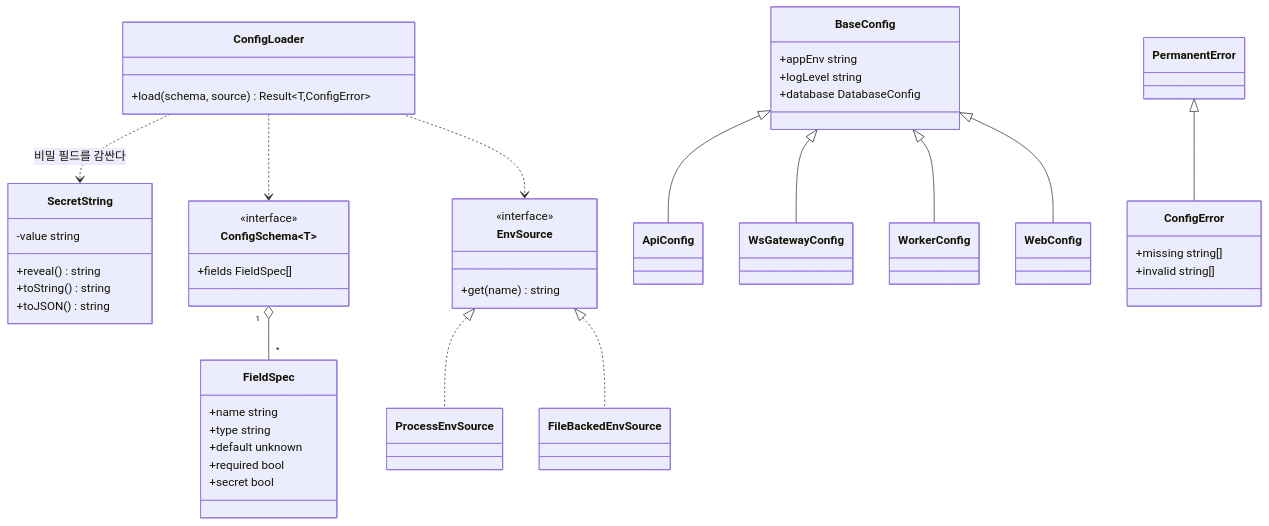
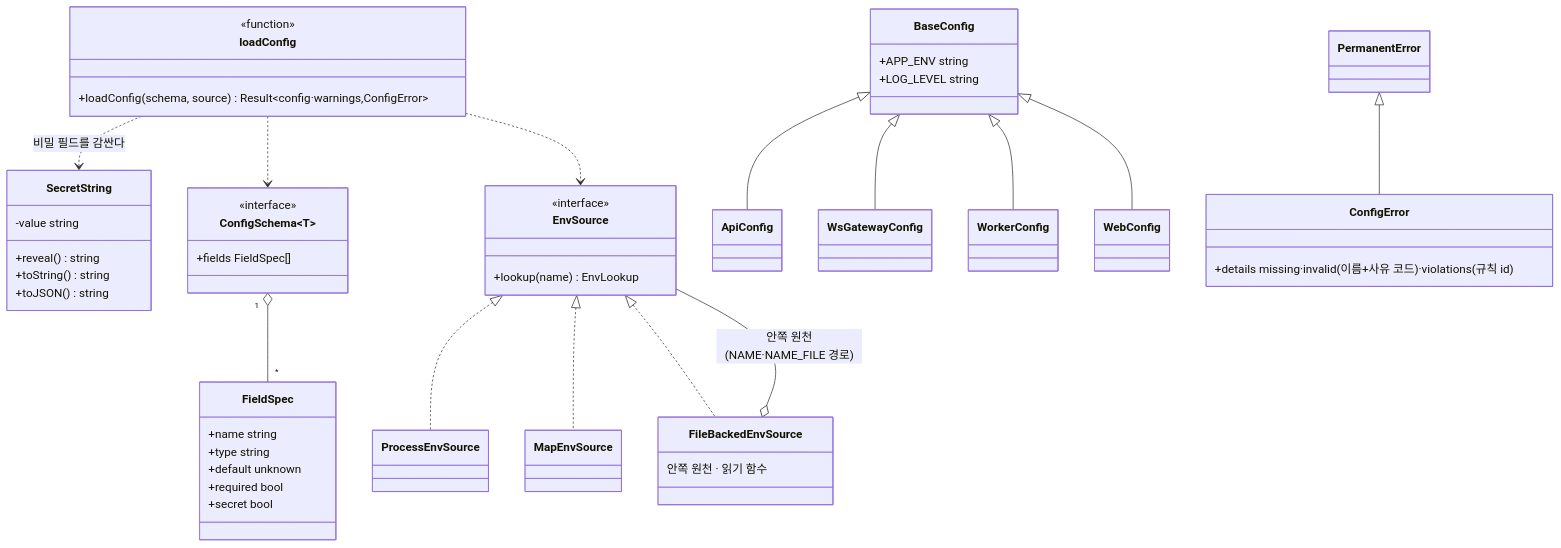
The third of 5 diagrams in docs/design/01-repository-structure.md (1985jwlee/portpolio_backend), drawn with Mermaid before and after one commit. The commit also changed other lines of this file and 29 other files, not shown here.

````diff
--- a/docs/design/01-repository-structure.md
+++ b/docs/design/01-repository-structure.md
@@ -268,56 +269,60 @@
 ```mermaid
 classDiagram
     class SecretString {
         -value string
         +reveal() string
         +toString() string
         +toJSON() string
     }
     class ConfigSchema~T~ {
         <<interface>>
         +fields FieldSpec[]
     }
     class FieldSpec {
         +name string
         +type string
         +default unknown
         +required bool
         +secret bool
     }
     class EnvSource {
         <<interface>>
-        +get(name) string
+        +lookup(name) EnvLookup
     }
     class ProcessEnvSource
-    class FileBackedEnvSource
-    class ConfigLoader {
-        +load(schema, source) Result~T,ConfigError~
+    class MapEnvSource
+    class FileBackedEnvSource {
+        안쪽 원천 · 읽기 함수
+    }
+    class loadConfig {
+        <<function>>
+        +loadConfig(schema, source) Result~config·warnings,ConfigError~
     }
     EnvSource <|.. ProcessEnvSource
+    EnvSource <|.. MapEnvSource
     EnvSource <|.. FileBackedEnvSource
-    ConfigLoader ..> ConfigSchema
-    ConfigLoader ..> EnvSource
+    FileBackedEnvSource o-- EnvSource : 안쪽 원천(NAME·NAME_FILE 경로)
+    loadConfig ..> ConfigSchema
+    loadConfig ..> EnvSource
     ConfigSchema "1" o-- "*" FieldSpec
-    ConfigLoader ..> SecretString : 비밀 필드를 감싼다
+    loadConfig ..> SecretString : 비밀 필드를 감싼다
 
     class BaseConfig {
-        +appEnv string
-        +logLevel string
-        +database DatabaseConfig
+        +APP_ENV string
+        +LOG_LEVEL string
     }
     class ApiConfig
     class WsGatewayConfig
     class WorkerConfig
     class WebConfig
     BaseConfig <|-- ApiConfig
     BaseConfig <|-- WsGatewayConfig
     BaseConfig <|-- WorkerConfig
     BaseConfig <|-- WebConfig
 
     class ConfigError {
-        +missing string[]
-        +invalid string[]
+        +details missing·invalid(이름+사유 코드)·violations(규칙 id)
     }
     class PermanentError
     PermanentError <|-- ConfigError
 ```
````
